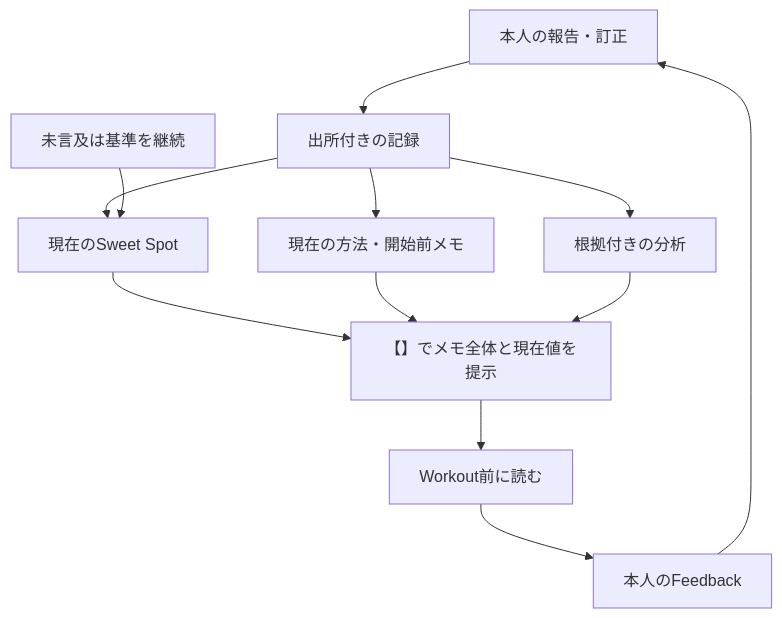
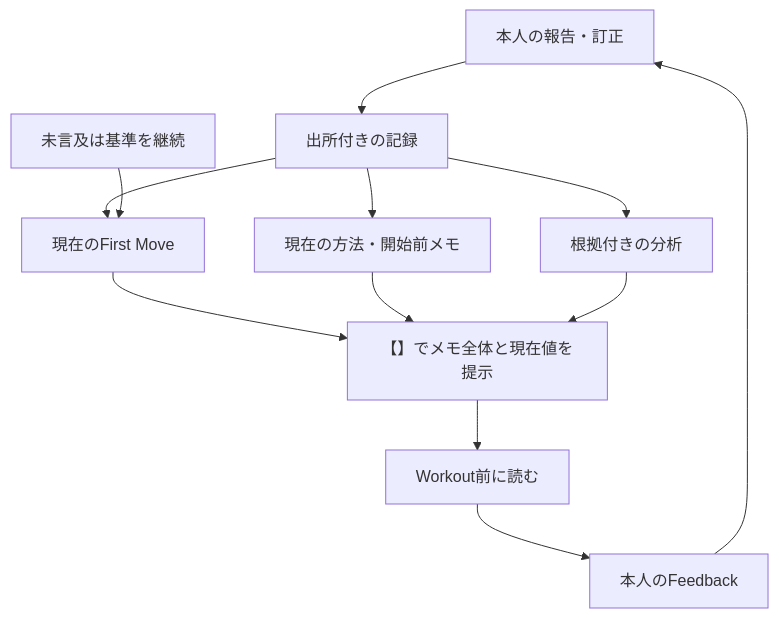
Before and after one commit to yusukefujiijp/ai-project: the diagram in lifestyle/chocozap/README.md, drawn with Mermaid. The commit also changed other lines of this file and 10 other files, not shown here.

````diff
--- a/lifestyle/chocozap/README.md
+++ b/lifestyle/chocozap/README.md
@@ -133,14 +137,14 @@
 ```mermaid
 flowchart TD
   R["本人の報告・訂正"] --> O["出所付きの記録"]
-  O --> V["現在のSweet Spot"]
+  O --> V["現在のFirst Move"]
   P["未言及は基準を継続"] --> V
   O --> M["現在の方法・開始前メモ"]
   V --> D["【】でメモ全体と現在値を提示"]
   M --> D
   D --> U["Workout前に読む"]
   U --> F["本人のFeedback"]
   F --> R
   O --> A["根拠付きの分析"]
   A --> D
 ```
````
